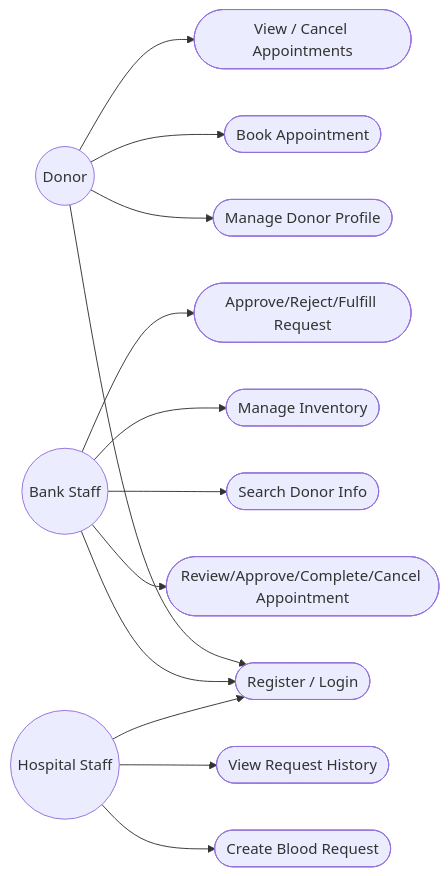
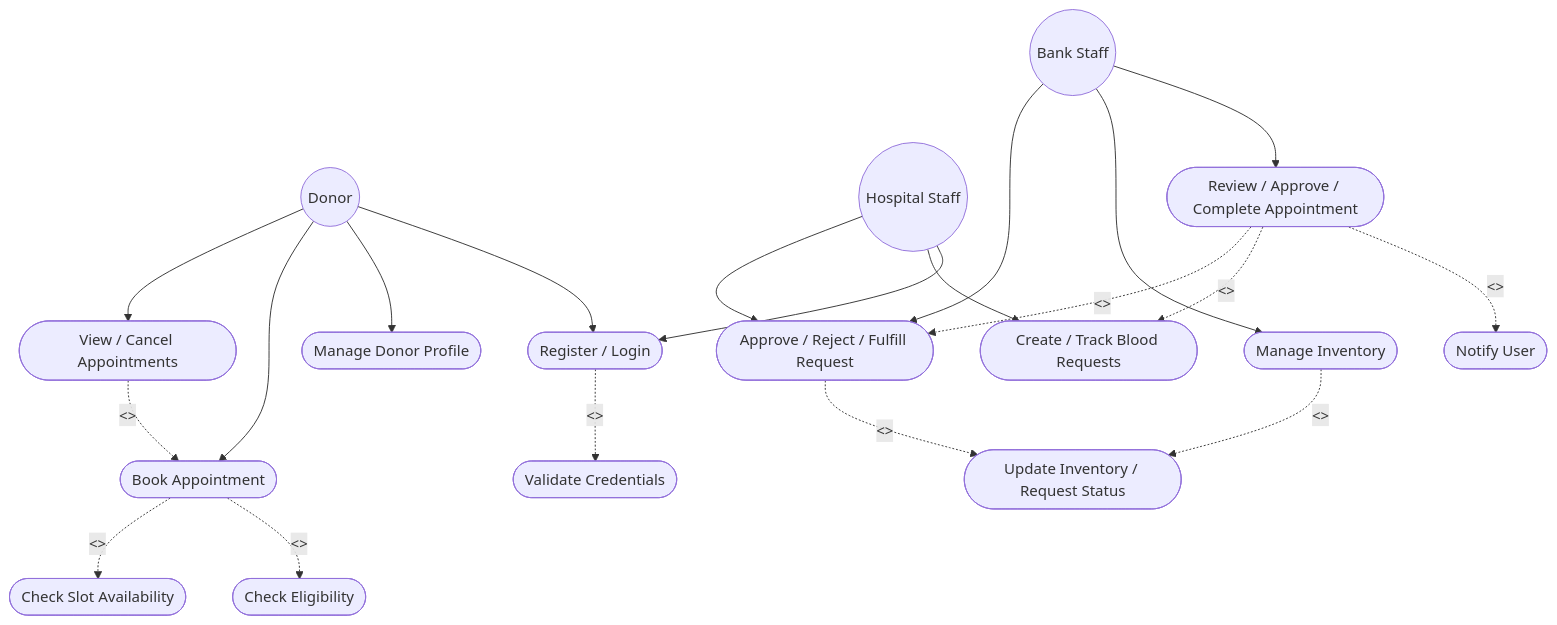
One commit to evii123/SE_blood_donation_system_Phase1_Team2 changed the sixth of 10 diagrams in SOFTWARE DESIGN AND MODELING.md. Above: the diagram before and after it, drawn with Mermaid. The commit also changed other lines of this file and 5 other files, not shown here.

````diff
--- a/SOFTWARE DESIGN AND MODELING.md
+++ b/SOFTWARE DESIGN AND MODELING.md
@@ -326,32 +318,44 @@
 ```mermaid
-flowchart LR
+flowchart TB
     Donor((Donor))
     Bank((Bank Staff))
     Hospital((Hospital Staff))
 
     UC1([Register / Login])
     UC2([Manage Donor Profile])
     UC3([Book Appointment])
     UC4([View / Cancel Appointments])
-    UC5([Review/Approve/Complete/Cancel Appointment])
-    UC6([Search Donor Info])
-    UC7([Manage Inventory])
-    UC8([Create Blood Request])
-    UC9([Approve/Reject/Fulfill Request])
-    UC10([View Request History])
+    UC5([Create / Track Blood Requests])
+    UC6([Approve / Reject / Fulfill Request])
+    UC7([Validate Credentials])
+    UC8([Check Eligibility])
+    UC9([Check Slot Availability])
+    UC10([Notify User])
+    UC11([Review / Approve / Complete Appointment])
+    UC12([Manage Inventory])
+    UC13([Update Inventory / Request Status])
 
     Donor --> UC1
     Donor --> UC2
     Donor --> UC3
     Donor --> UC4
 
-    Bank --> UC1
-    Bank --> UC5
+    Bank --> UC11
+    Bank --> UC12
     Bank --> UC6
-    Bank --> UC7
-    Bank --> UC9
 
     Hospital --> UC1
-    Hospital --> UC8
-    Hospital --> UC10
+    Hospital --> UC5
+    Hospital --> UC6
+
+    UC1 -. "<<include>>" .-> UC7
+    UC3 -. "<<include>>" .-> UC8
+    UC3 -. "<<include>>" .-> UC9
+    UC11 -. "<<include>>" .-> UC10
+    UC6 -. "<<include>>" .-> UC13
+    UC12 -. "<<include>>" .-> UC13
+
+    UC4 -. "<<extend>>" .-> UC3
+    UC11 -. "<<extend>>" .-> UC5
+    UC11 -. "<<extend>>" .-> UC6
 ```
````
